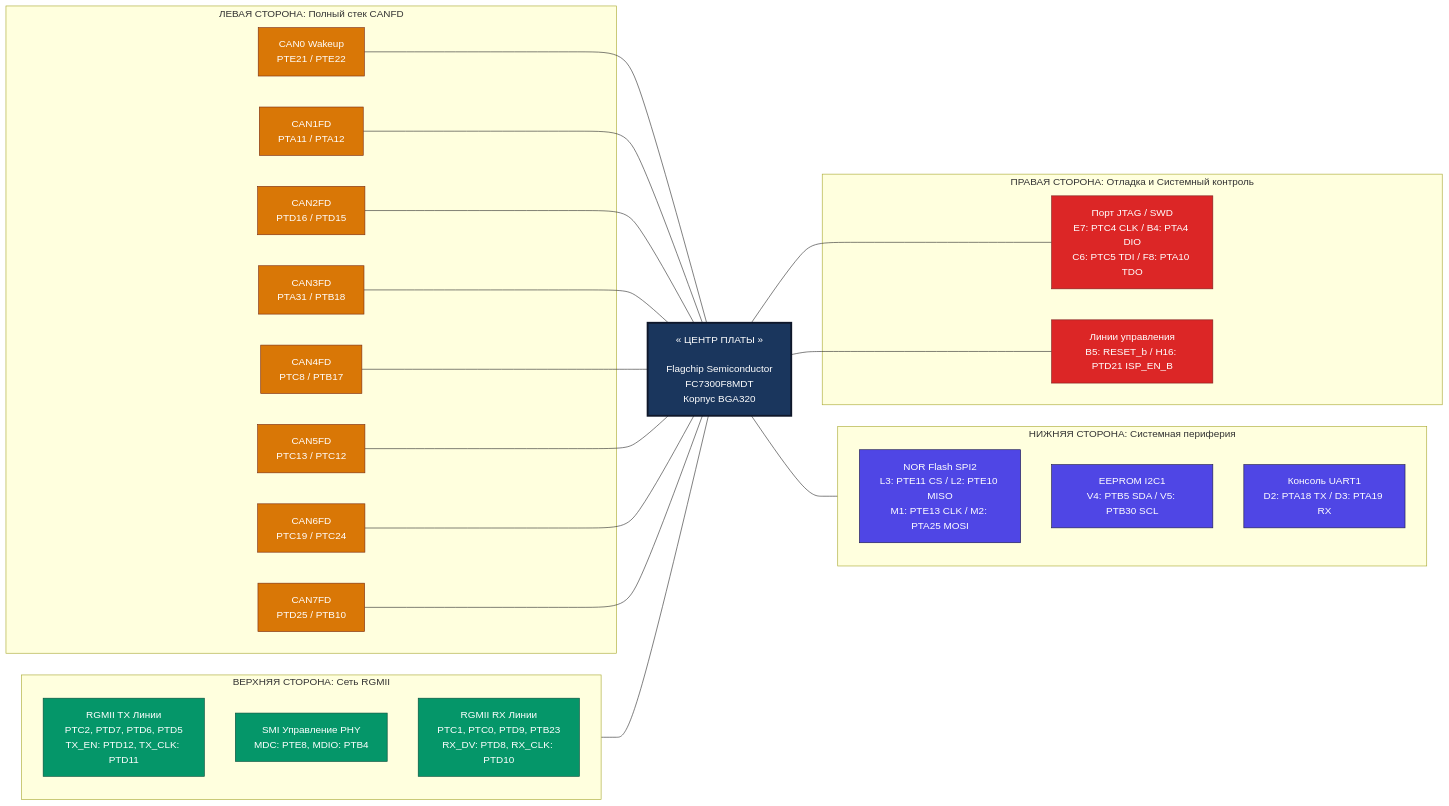
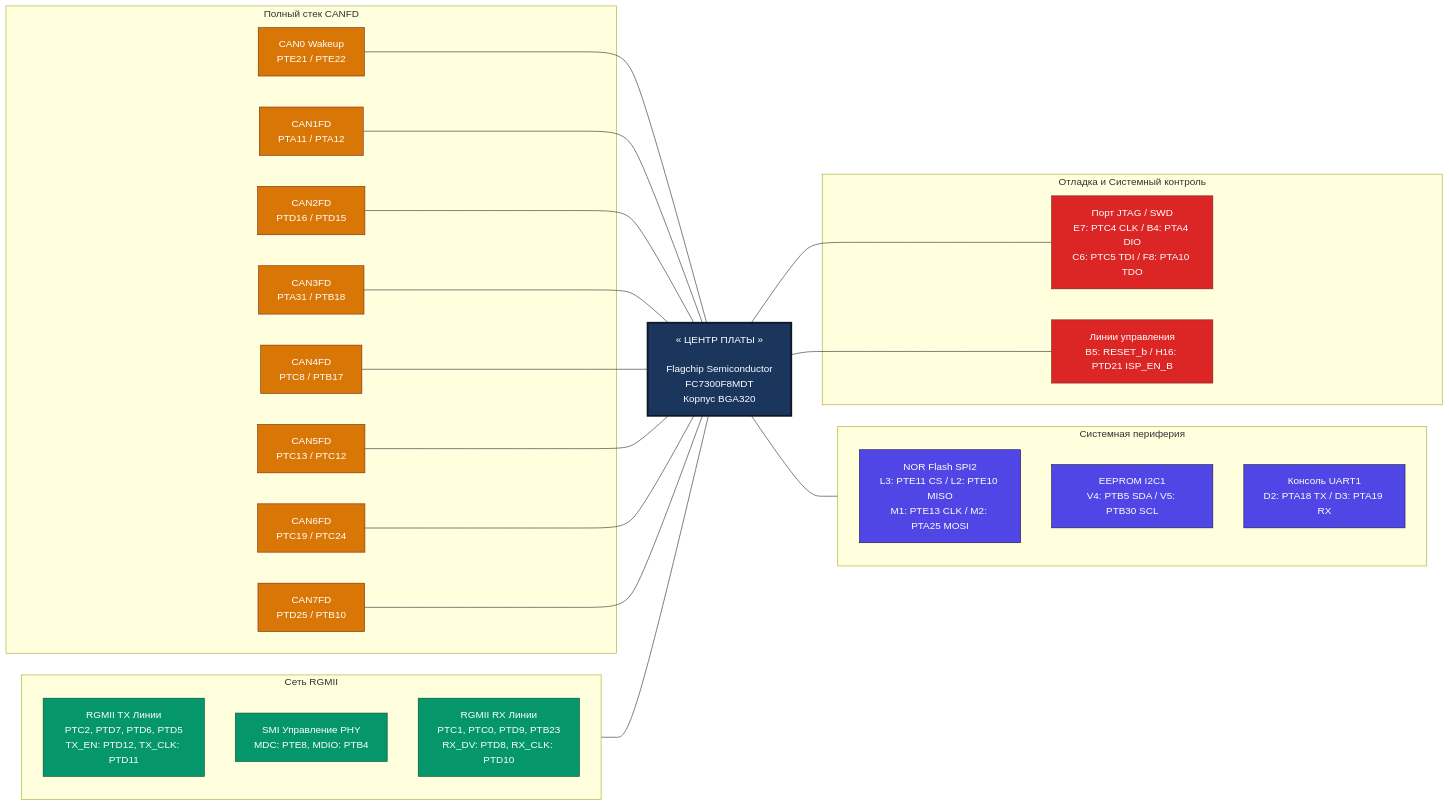
One commit to sdyspb/can-fd-logger changed the diagram in hardware/schematics/fc7300-hat-fbd.md. Above: the diagram before and after it, drawn with Mermaid.

````diff
--- a/hardware/schematics/fc7300-hat-fbd.md
+++ b/hardware/schematics/fc7300-hat-fbd.md
@@ -3,75 +3,72 @@
 ```mermaid
 graph LR
     %% Стилизация компонентов
     classDef mcu fill:#1a365d,stroke:#0f172a,stroke-width:3px,color:#ffffff;
     classDef can fill:#d97706,stroke:#7c2d12,stroke-width:1px,color:#ffffff;
     classDef eth fill:#059669,stroke:#064e3b,stroke-width:1px,color:#ffffff;
     classDef debug fill:#dc2626,stroke:#7f1d1d,stroke-width:1px,color:#ffffff;
     classDef peri fill:#4f46e5,stroke:#1e1b4b,stroke-width:1px,color:#ffffff;
 
     %% -------------------------------------------------------------
-    %% ЛЕВАЯ СТОРОНА: ВСЕ ИНТЕРФЕЙСЫ CANFD (0 - 7)
+    %% ИНТЕРФЕЙСЫ CANFD
     %% -------------------------------------------------------------
-    subgraph LEFT [ЛЕВАЯ СТОРОНА: Полный стек CANFD]
+    subgraph CANFD_Stack [Полный стек CANFD]
         CAN_W[CAN0 Wakeup<br>PTE21 / PTE22]:::can
         CAN1[CAN1FD<br>PTA11 / PTA12]:::can
         CAN2[CAN2FD<br>PTD16 / PTD15]:::can
         CAN3[CAN3FD<br>PTA31 / PTB18]:::can
         CAN4[CAN4FD<br>PTC8 / PTB17]:::can
         CAN5[CAN5FD<br>PTC13 / PTC12]:::can
         CAN6[CAN6FD<br>PTC19 / PTC24]:::can
         CAN7[CAN7FD<br>PTD25 / PTB10]:::can
     end
 
     %% -------------------------------------------------------------
-    %% ВЕРХНЯЯ СТОРОНА: СЕТЕВОЙ ИНТЕРФЕЙС GIGABIT ETHERNET
+    %% СЕТЕВОЙ ИНТЕРФЕЙС ETHERNET
     %% -------------------------------------------------------------
-    subgraph TOP [ВЕРХНЯЯ СТОРОНА: Сеть RGMII]
+    subgraph ETH_Stack [Сеть RGMII]
         RGMII_TX[RGMII TX Линии<br>PTC2, PTD7, PTD6, PTD5<br>TX_EN: PTD12, TX_CLK: PTD11]:::eth
         SMI_MGMT[SMI Управление PHY<br>MDC: PTE8, MDIO: PTB4]:::eth
         RGMII_RX[RGMII RX Линии<br>PTC1, PTC0, PTD9, PTB23<br>RX_DV: PTD8, RX_CLK: PTD10]:::eth
     end
 
     %% -------------------------------------------------------------
-    %% ЦЕНТР: МИКРОКОНТРОЛЛЕР
+    %% ЦЕНТРАЛЬНЫЙ ПРОЦЕССОР
     %% -------------------------------------------------------------
     MCU[« ЦЕНТР ПЛАТЫ »<br><br>Flagchip Semiconductor<br>FC7300F8MDT<br>Корпус BGA320]:::mcu
 
     %% -------------------------------------------------------------
-    %% НИЖНЯЯ СТОРОНА: ПАМЯТЬ, КОНСОЛЬ И МЕДЛЕННАЯ ПЕРИФЕРИЯ
+    %% СИСТЕМНАЯ ПЕРИФЕРИЯ ПЛАТЫ
     %% -------------------------------------------------------------
-    subgraph BOTTOM [НИЖНЯЯ СТОРОНА: Системная периферия]
+    subgraph PERI_Stack [Системная периферия]
         SPI_FLASH[NOR Flash SPI2<br>L3: PTE11 CS / L2: PTE10 MISO<br>M1: PTE13 CLK / M2: PTA25 MOSI]:::peri
         I2C_EEPROM[EEPROM I2C1<br>V4: PTB5 SDA / V5: PTB30 SCL]:::peri
         UART_CONS[Консоль UART1<br>D2: PTA18 TX / D3: PTA19 RX]:::peri
     end
 
     %% -------------------------------------------------------------
-    %% ПРАВАЯ СТОРОНА: ОТЛАДКА, ПРОГРАММИРОВАНИЕ И УПРАВЛЕНИЕ
+    %% ОТЛАДКА, ПРОГРАММИРОВАНИЕ И УПРАВЛЕНИЕ
     %% -------------------------------------------------------------
-    subgraph RIGHT [ПРАВАЯ СТОРОНА: Отладка и Системный контроль]
+    subgraph DEBUG_Stack [Отладка и Системный контроль]
         DEBUG_PORT[Порт JTAG / SWD<br>E7: PTC4 CLK / B4: PTA4 DIO<br>C6: PTC5 TDI / F8: PTA10 TDO]:::debug
         SYS_CTRL[Линии управления<br>B5: RESET_b / H16: PTD21 ISP_EN_B]:::debug
     end
 
     %% -------------------------------------------------------------
     %% БЕЗНАПРАВЛЕННЫЕ СВЯЗИ ДЛЯ КОРРЕКТНОЙ ГЕОМЕТРИИ ОКРУЖЕНИЯ
     %% -------------------------------------------------------------
-    %% Вертикальное распределение верхнего и нижнего секторов
-    TOP --- MCU
-    MCU --- BOTTOM
+    ETH_Stack --- MCU
+    MCU --- PERI_Stack
 
-    %% Связи всей группы CANFD на левую сторону кристалла
     CAN_W --- MCU
     CAN1 --- MCU
     CAN2 --- MCU
     CAN3 --- MCU
     CAN4 --- MCU
     CAN5 --- MCU
     CAN6 --- MCU
     CAN7 --- MCU
 
-    %% Связи отладки и системных сигналов на правую сторону кристалла
     MCU --- DEBUG_PORT
     MCU --- SYS_CTRL
 ```
````
